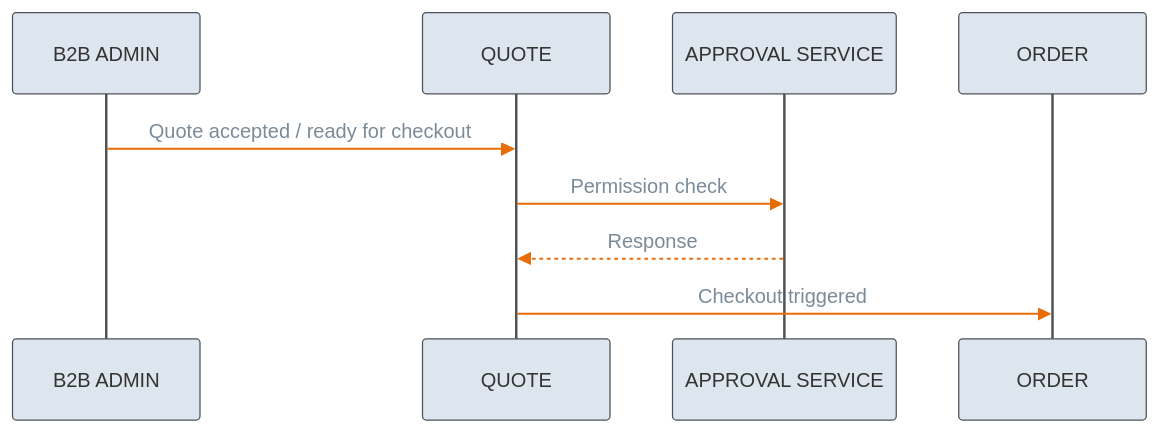
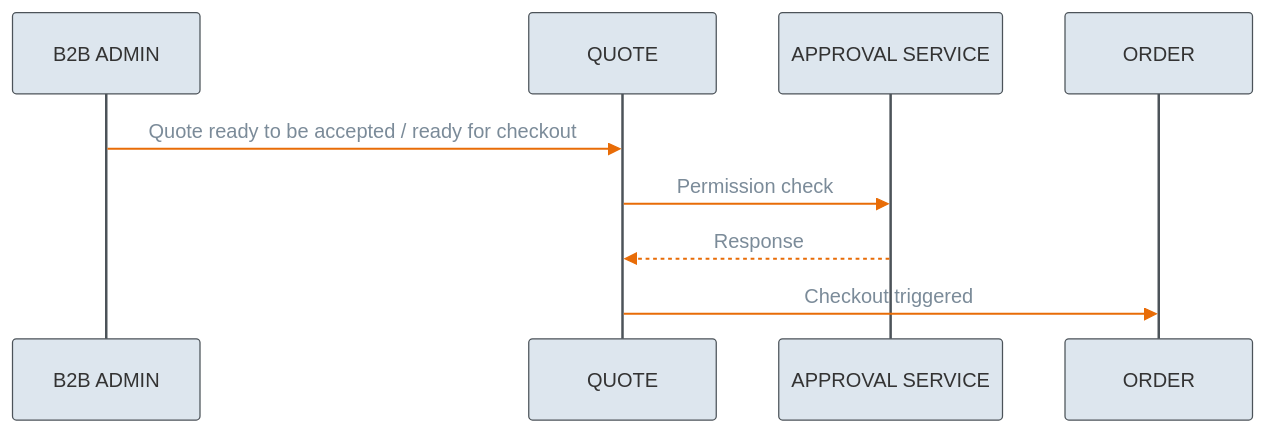
Before and after one commit to emporix/api-references: the fifth of 7 diagrams in companies-and-customers/approval-service/approval.md, drawn with Mermaid. The commit also changed other lines of this file, not shown here.

Commit message:
COP-5406 Quote approval

````diff
--- a/companies-and-customers/approval-service/approval.md
+++ b/companies-and-customers/approval-service/approval.md
@@ -216,26 +216,26 @@
 ```mermaid
 ---
 config:
   layout: fixed
   theme: base
   themeVariables:
     primaryColor: '#DDE6EE'
     primaryBorderColor: '#4C5359'
     actorBkg: '#DDE6EE'
     actorBorder: '#4C5359'
     actorLineColor: '#4C5359'
     signalColor: '#E86C07'
     signalTextColor: '#7B8B99'
     background: transparent 
 ---
 sequenceDiagram
     participant Admin as B2B ADMIN
     participant Quote as QUOTE
     participant Approval as APPROVAL SERVICE
     participant Order as ORDER
 
-    Admin ->> Quote: Quote accepted / ready for checkout
+    Admin ->> Quote: Quote ready to be accepted / ready for checkout
     Quote ->> Approval: Permission check
     Approval -->> Quote: Response
     Quote ->> Order: Checkout triggered
 ```
````
